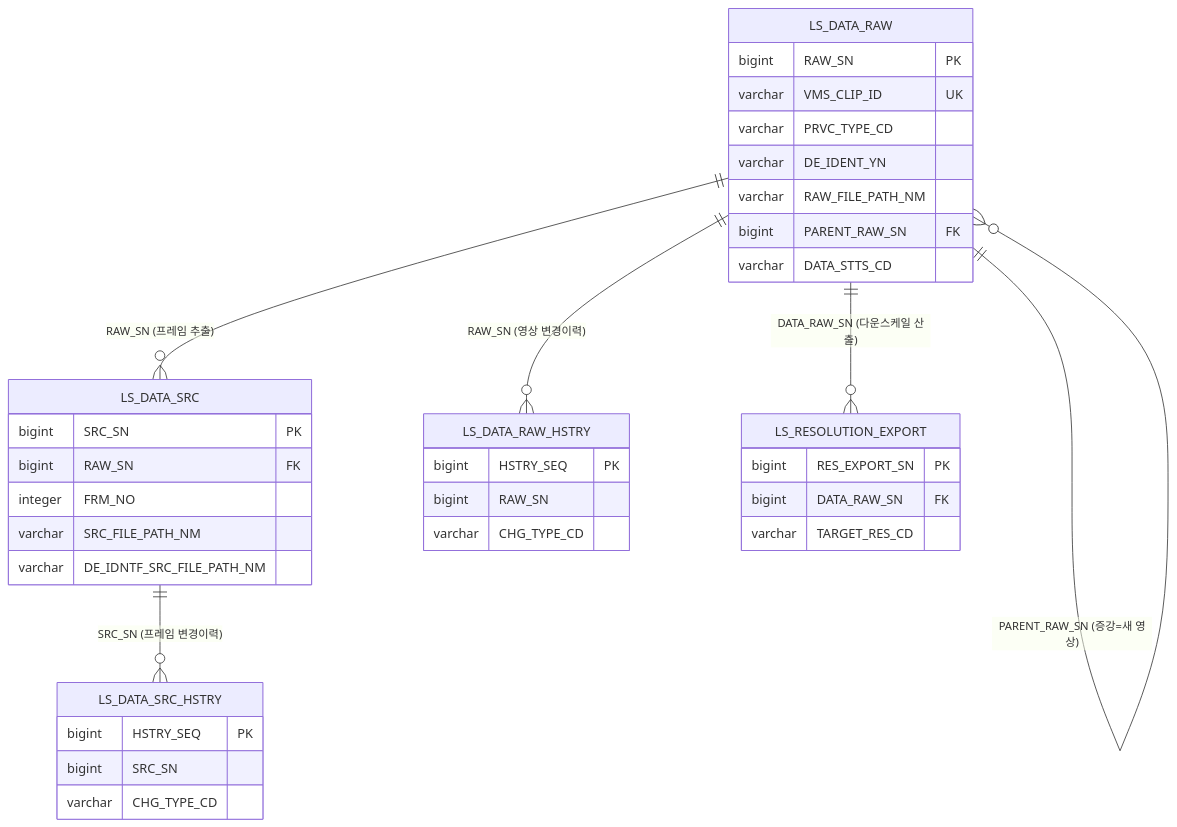
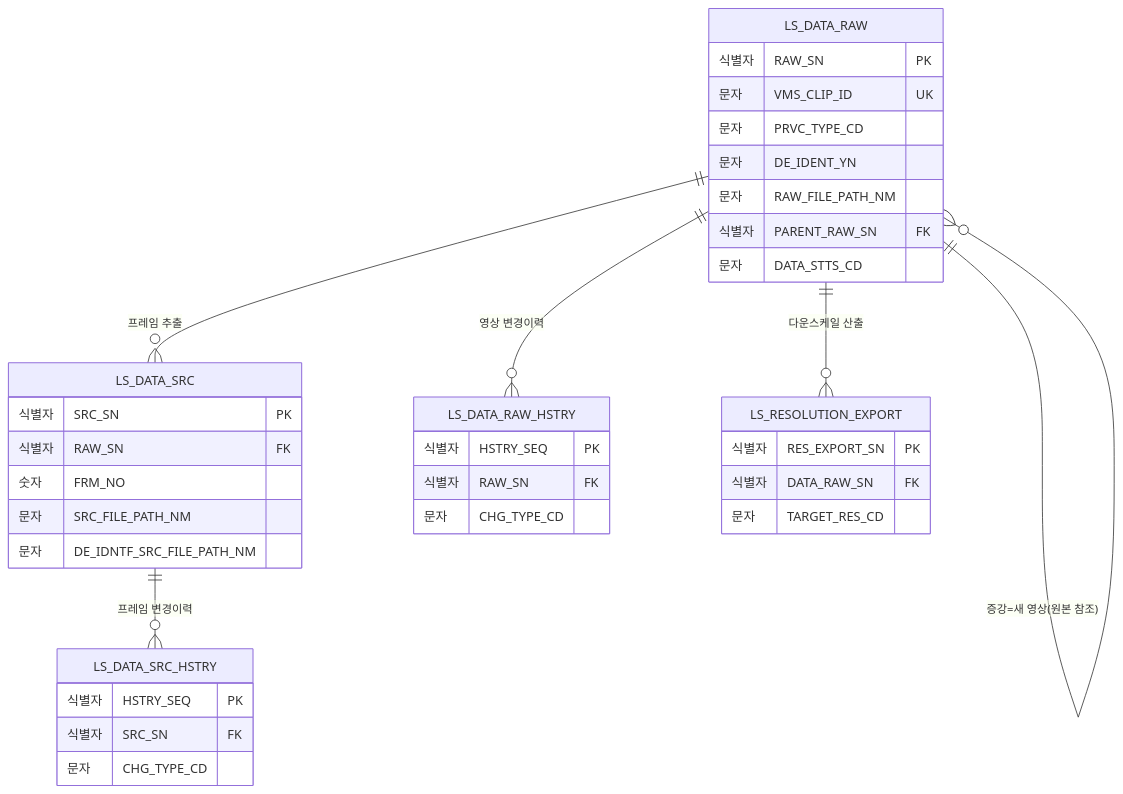
One commit to New-stella/klid-label changed the first of 13 diagrams in docs/design/D8-엔티티관계모형설계서.md. Above: the diagram before and after it, drawn with Mermaid. The commit also changed other lines of this file and 32 other files, not shown here.

````diff
--- a/docs/design/D8-엔티티관계모형설계서.md
+++ b/docs/design/D8-엔티티관계모형설계서.md
@@ -60,39 +62,39 @@
 ```mermaid
 erDiagram
-    LS_DATA_RAW ||--o{ LS_DATA_SRC : "RAW_SN (프레임 추출)"
-    LS_DATA_RAW ||--o{ LS_DATA_RAW : "PARENT_RAW_SN (증강=새 영상)"
-    LS_DATA_RAW ||--o{ LS_DATA_RAW_HSTRY : "RAW_SN (영상 변경이력)"
-    LS_DATA_SRC ||--o{ LS_DATA_SRC_HSTRY : "SRC_SN (프레임 변경이력)"
-    LS_DATA_RAW ||--o{ LS_RESOLUTION_EXPORT : "DATA_RAW_SN (다운스케일 산출)"
+    LS_DATA_RAW ||--o{ LS_DATA_SRC : "프레임 추출"
+    LS_DATA_RAW ||--o{ LS_DATA_RAW : "증강=새 영상(원본 참조)"
+    LS_DATA_RAW ||--o{ LS_DATA_RAW_HSTRY : "영상 변경이력"
+    LS_DATA_SRC ||--o{ LS_DATA_SRC_HSTRY : "프레임 변경이력"
+    LS_DATA_RAW ||--o{ LS_RESOLUTION_EXPORT : "다운스케일 산출"
     LS_DATA_RAW {
-        bigint RAW_SN PK
-        varchar VMS_CLIP_ID UK
-        varchar PRVC_TYPE_CD
-        varchar DE_IDENT_YN
-        varchar RAW_FILE_PATH_NM
-        bigint PARENT_RAW_SN FK
-        varchar DATA_STTS_CD
+        식별자 RAW_SN PK
+        문자 VMS_CLIP_ID UK
+        문자 PRVC_TYPE_CD
+        문자 DE_IDENT_YN
+        문자 RAW_FILE_PATH_NM
+        식별자 PARENT_RAW_SN FK
+        문자 DATA_STTS_CD
     }
     LS_DATA_SRC {
-        bigint SRC_SN PK
-        bigint RAW_SN FK
-        integer FRM_NO
-        varchar SRC_FILE_PATH_NM
-        varchar DE_IDNTF_SRC_FILE_PATH_NM
+        식별자 SRC_SN PK
+        식별자 RAW_SN FK
+        숫자 FRM_NO
+        문자 SRC_FILE_PATH_NM
+        문자 DE_IDNTF_SRC_FILE_PATH_NM
     }
     LS_DATA_RAW_HSTRY {
-        bigint HSTRY_SEQ PK
-        bigint RAW_SN
-        varchar CHG_TYPE_CD
+        식별자 HSTRY_SEQ PK
+        식별자 RAW_SN FK
+        문자 CHG_TYPE_CD
     }
     LS_DATA_SRC_HSTRY {
-        bigint HSTRY_SEQ PK
-        bigint SRC_SN
-        varchar CHG_TYPE_CD
+        식별자 HSTRY_SEQ PK
+        식별자 SRC_SN FK
+        문자 CHG_TYPE_CD
     }
     LS_RESOLUTION_EXPORT {
-        bigint RES_EXPORT_SN PK
-        bigint DATA_RAW_SN FK
-        varchar TARGET_RES_CD
+        식별자 RES_EXPORT_SN PK
+        식별자 DATA_RAW_SN FK
+        문자 TARGET_RES_CD
     }
 ```
````
